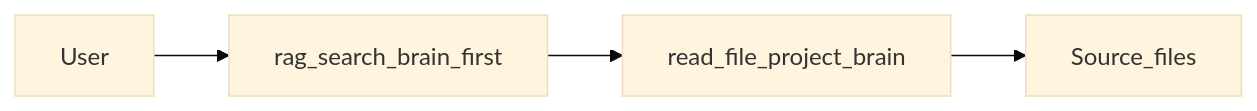
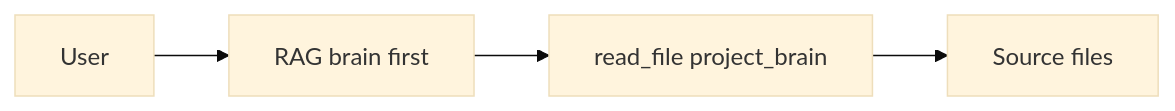
The diagram in wiki/MODES/brainer.md (threenebula23/Lorne), drawn with Mermaid (base theme) before and after one commit. The commit also changed 5 other files, not shown here.

````diff
--- a/wiki/MODES/brainer.md
+++ b/wiki/MODES/brainer.md
@@ -10,6 +10,6 @@
 ```mermaid
 flowchart LR
-  user[User] --> rag[rag_search_brain_first]
-  rag --> read[read_file_project_brain]
-  read --> code[Source_files]
+  userNode[User] --> ragNode[RAG brain first]
+  ragNode --> readNode[read_file project_brain]
+  readNode --> codeNode[Source files]
 ```
````
